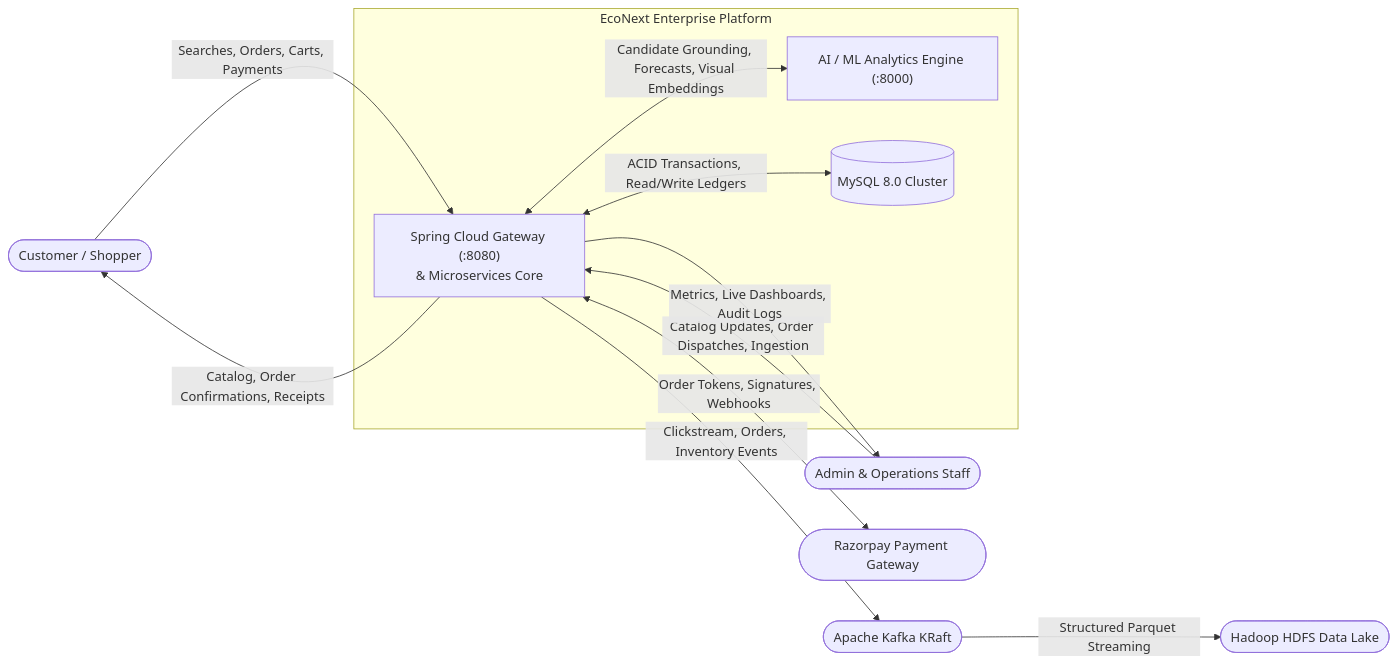
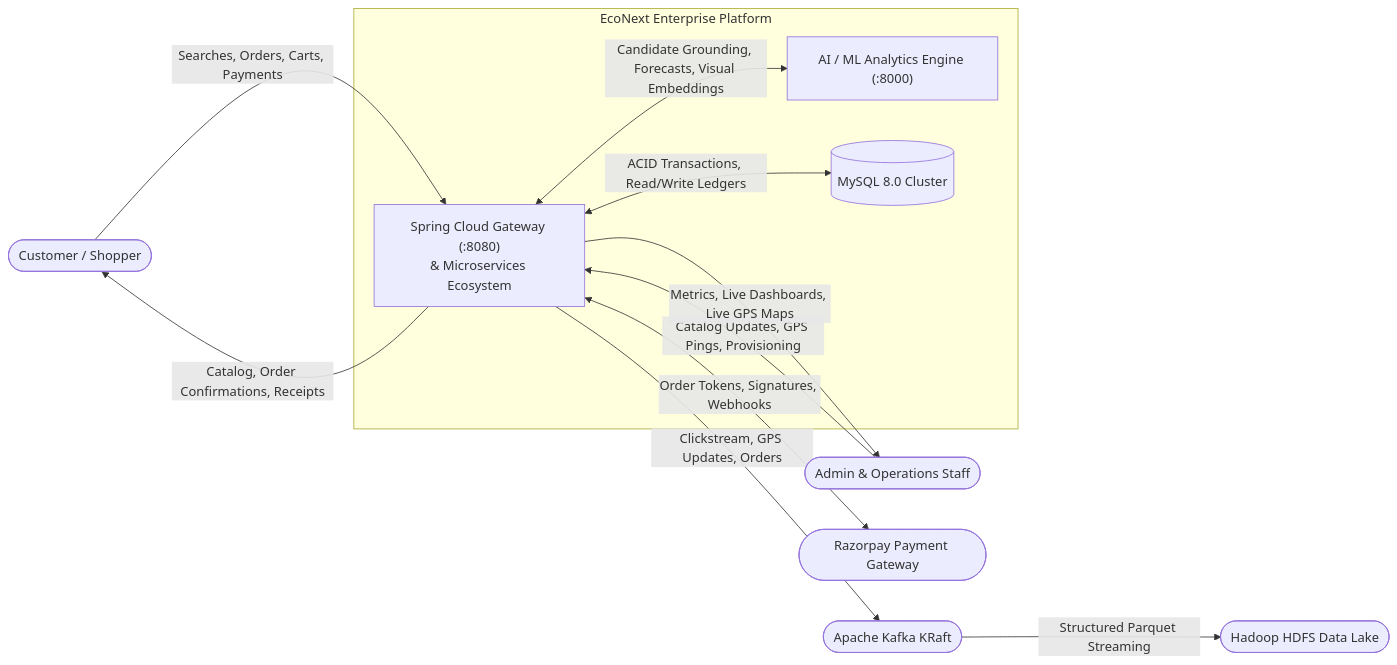
One commit to Jinkalkershiva/EcoNext-Ai-Integrated-Ecommerce-Platform changed the second of 8 diagrams in README.md. Above: the diagram before and after it, drawn with Mermaid. The commit also changed other lines of this file and 79 other files, not shown here.

````diff
--- a/README.md
+++ b/README.md
@@ -228,27 +233,27 @@
 ```mermaid
 flowchart LR
     Customer([Customer / Shopper])
     Staff([Admin & Operations Staff])
     PaymentGateway([Razorpay Payment Gateway])
     KafkaBroker([Apache Kafka KRaft])
     DataLake([Hadoop HDFS Data Lake])
 
     subgraph EcoNextPlatform["EcoNext Enterprise Platform"]
-        GatewayCore["Spring Cloud Gateway (:8080)<br/>& Microservices Core"]
+        GatewayCore["Spring Cloud Gateway (:8080)<br/>& Microservices Ecosystem"]
         AIEngine["AI / ML Analytics Engine (:8000)"]
         Database[("MySQL 8.0 Cluster")]
     end
 
     Customer -->|Searches, Orders, Carts, Payments| GatewayCore
     GatewayCore -->|Catalog, Order Confirmations, Receipts| Customer
 
-    Staff -->|Catalog Updates, Order Dispatches, Ingestion| GatewayCore
-    GatewayCore -->|Metrics, Live Dashboards, Audit Logs| Staff
+    Staff -->|Catalog Updates, GPS Pings, Provisioning| GatewayCore
+    GatewayCore -->|Metrics, Live Dashboards, Live GPS Maps| Staff
 
     GatewayCore <-->|Order Tokens, Signatures, Webhooks| PaymentGateway
     GatewayCore <-->|Candidate Grounding, Forecasts, Visual Embeddings| AIEngine
     GatewayCore <-->|ACID Transactions, Read/Write Ledgers| Database
 
-    GatewayCore -->|Clickstream, Orders, Inventory Events| KafkaBroker
+    GatewayCore -->|Clickstream, GPS Updates, Orders| KafkaBroker
     KafkaBroker -->|Structured Parquet Streaming| DataLake
 ```
````
